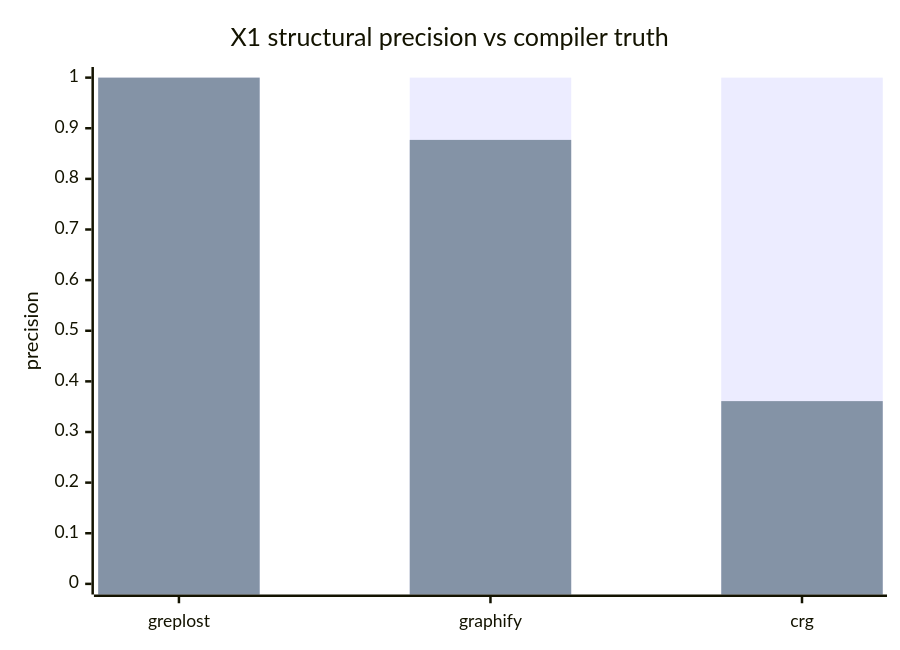
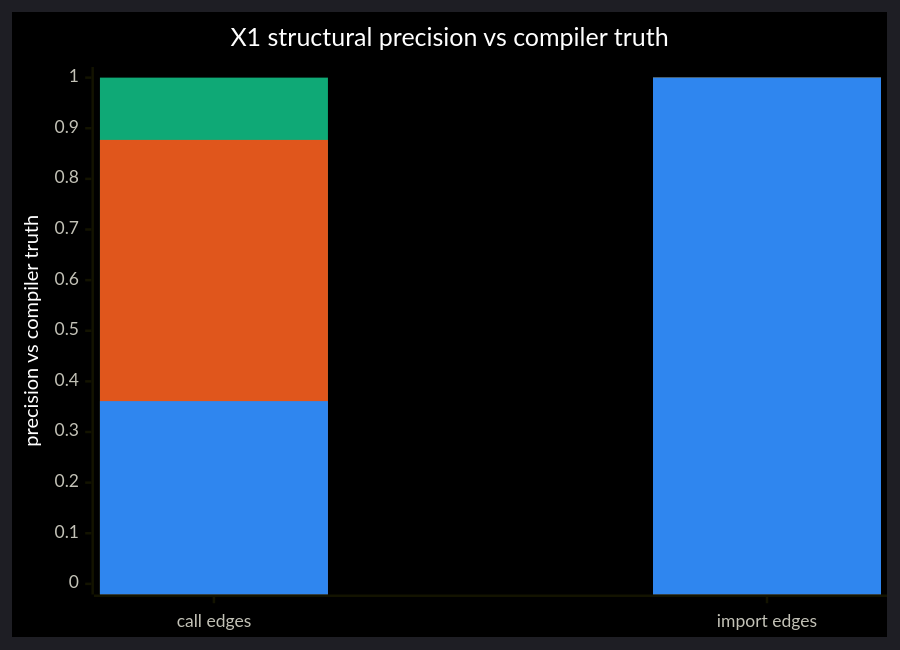
Before and after one commit to sns45/greplost: the third of 7 diagrams in README.md, drawn with Mermaid. The commit also changed other lines of this file and 31 other files, not shown here.

Commit message:
feat(bench): charts in the Artificial Analysis style on an AMOLED surface

````diff
--- a/README.md
+++ b/README.md
@@ -208,11 +234,14 @@
 ```mermaid
+%%{init: {"theme": "dark", "themeVariables": {"xyChart": {"backgroundColor": "#000000", "titleColor": "#ffffff", "xAxisLabelColor": "#c3c2b7", "yAxisLabelColor": "#c3c2b7", "xAxisTitleColor": "#ffffff", "yAxisTitleColor": "#ffffff", "plotColorPalette": "#0fa976,#e0561c,#2f86ef"}}}}%%
 xychart-beta
     title "X1 structural precision vs compiler truth"
-    x-axis ["greplost", "graphify", "crg"]
-    y-axis "precision" 0 --> 1
-    bar [1, 1, 1]
-    bar [1, 0.877, 0.361]
-    %% series, in order: imports, calls
-    %% not measured, omitted from the x axis: ua
+    x-axis ["call edges", "import edges"]
+    y-axis "precision vs compiler truth" 0 --> 1
+    bar [1, 1]
+    bar [0.877, 1]
+    bar [0.361, 1]
+    %% series, in order: greplost, graphify, crg
+    %% omitted (no data, or a gap Mermaid cannot draw): ua
+    %% Precision by edge kind, every confidence; higher is better. Corpus anyq, tier S (148 files).
     %% A dashed stub is a tool that could not be run; see the reason column. Measured on corpus anyq, tier S (148 files).
 ```
````
